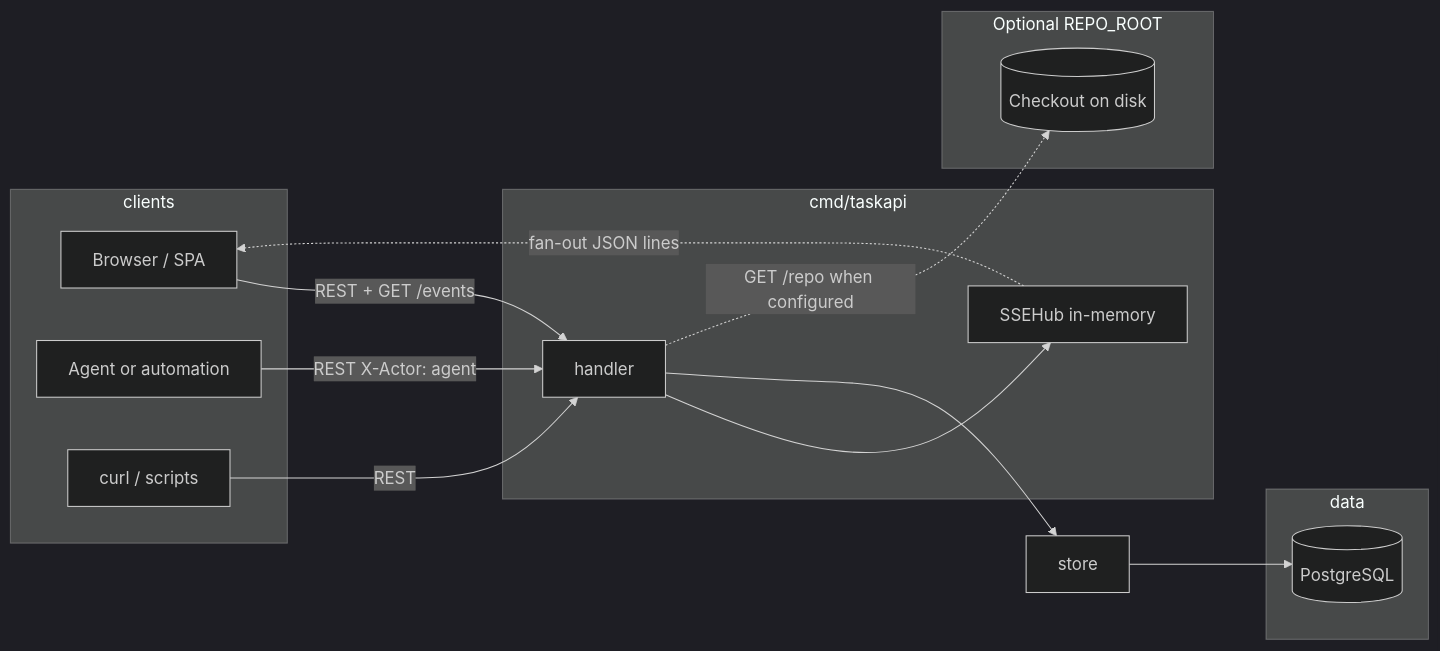
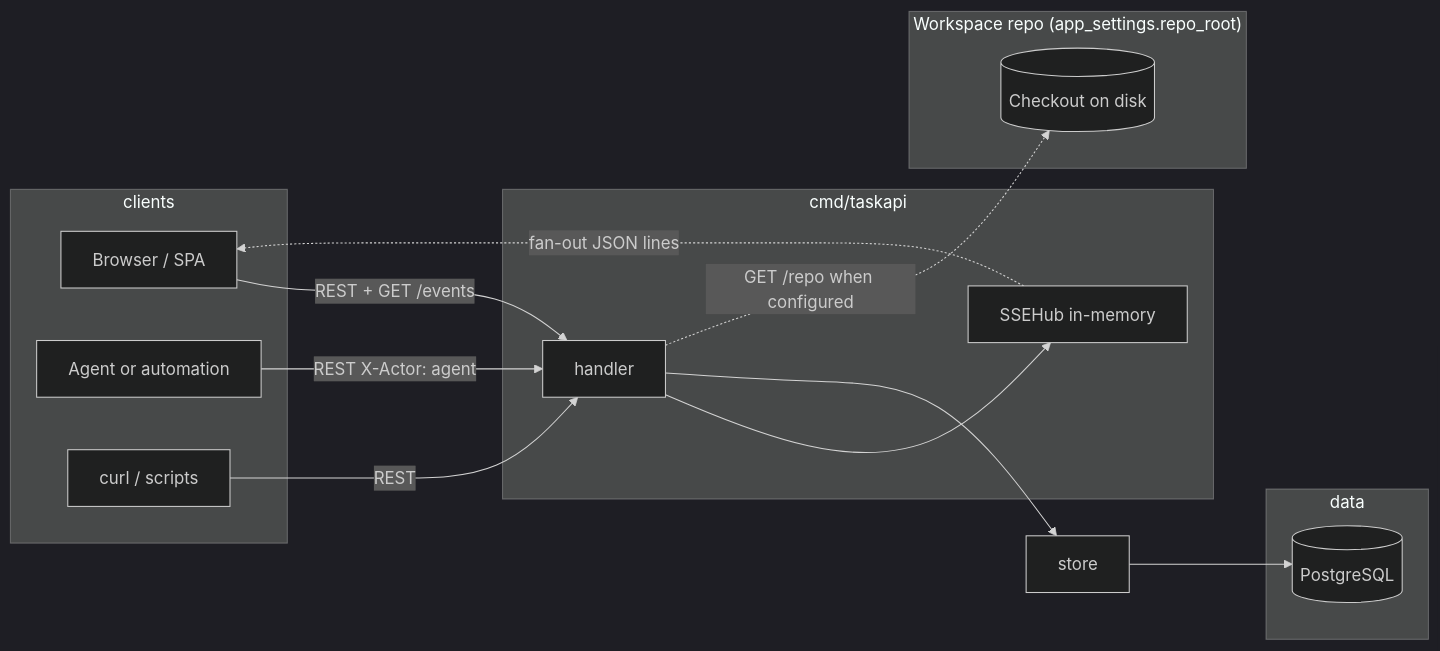
Before and after one commit to AlexsanderHamir/T2A: the first of 3 diagrams in docs/DESIGN.md, drawn with Mermaid (dark theme). The commit also changed other lines of this file and 37 other files, not shown here.

````diff
--- a/docs/DESIGN.md
+++ b/docs/DESIGN.md
@@ -31,30 +32,30 @@
 ```mermaid
 flowchart LR
   subgraph clients
     UI[Browser / SPA]
     Agent[Agent or automation]
     CLI[curl / scripts]
   end
 
   subgraph taskapi["cmd/taskapi"]
     H[handler]
     Hub[SSEHub in-memory]
     H --> Hub
   end
 
   subgraph data
     PG[(PostgreSQL)]
   end
 
-  subgraph optional["Optional REPO_ROOT"]
+  subgraph optional["Workspace repo (app_settings.repo_root)"]
     FS[(Checkout on disk)]
   end
 
   UI -->|REST + GET /events| H
   Agent -->|REST X-Actor: agent| H
   CLI -->|REST| H
   H --> S[store]
   S --> PG
   Hub -.->|fan-out JSON lines| UI
   H -.->|GET /repo when configured| FS
 ```
````
